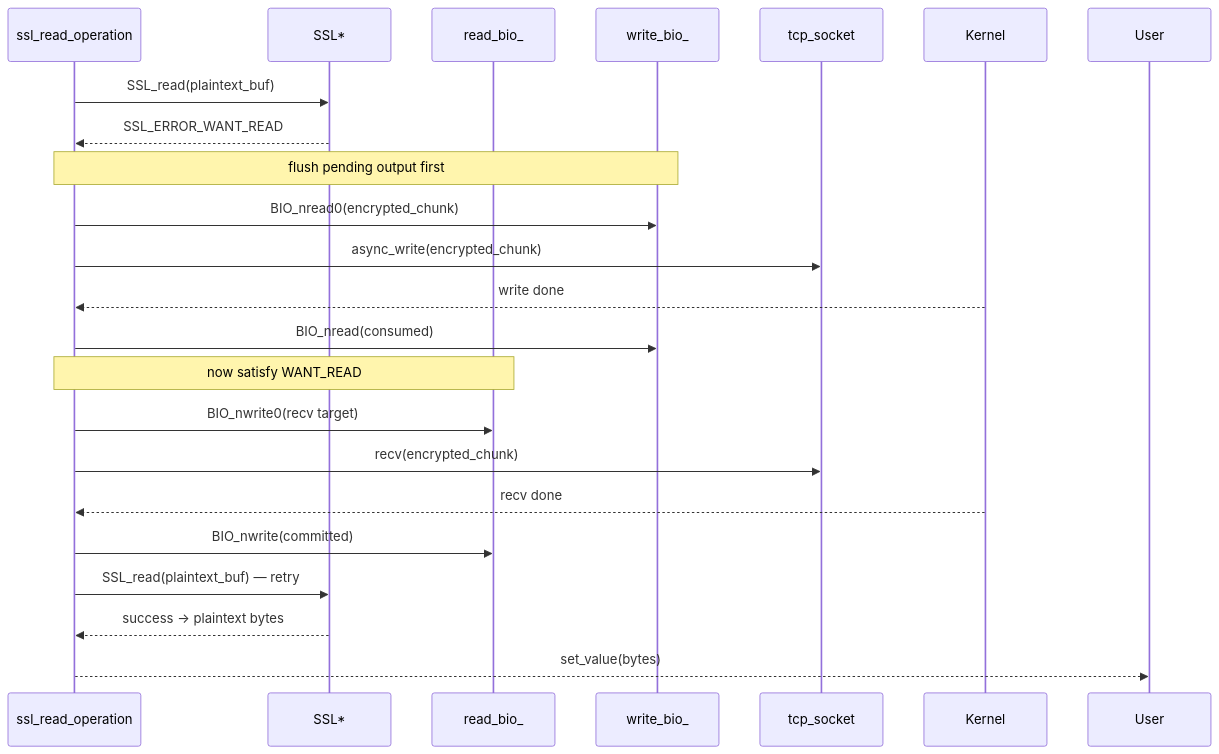
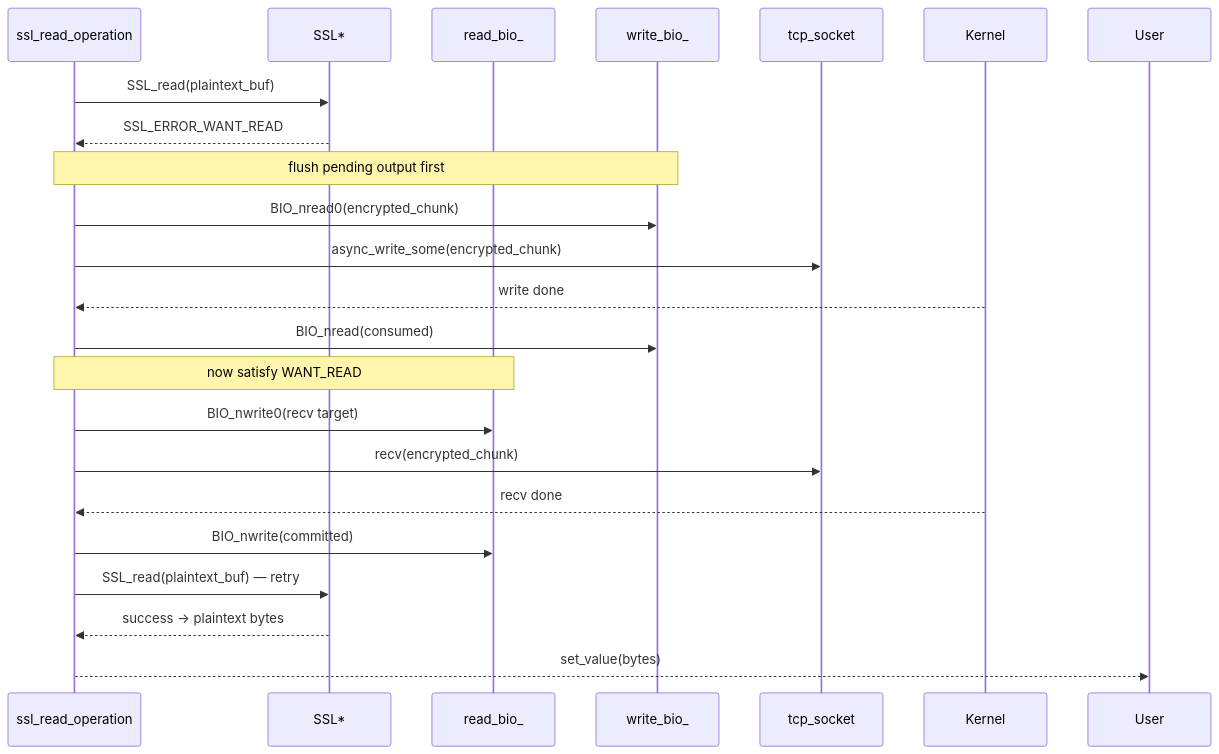
The fifth of 6 diagrams in docs/usage.md (haomingbai/bnio), drawn with Mermaid before and after one commit. The commit also changed other lines of this file and 20 other files, not shown here.

First line of the commit message:
feat(io-context): add read/write some operations

````diff
--- a/docs/usage.md
+++ b/docs/usage.md
@@ -309,29 +309,29 @@
 ```mermaid
 sequenceDiagram
     participant Op as ssl_read_operation
     participant SSL as SSL*
     participant BIO_R as read_bio_
     participant BIO_W as write_bio_
     participant TCP as tcp_socket
     participant K as Kernel
 
     Op->>SSL: SSL_read(plaintext_buf)
     SSL-->>Op: SSL_ERROR_WANT_READ
 
     Note over Op,BIO_W: flush pending output first
     Op->>BIO_W: BIO_nread0(encrypted_chunk)
-    Op->>TCP: async_write(encrypted_chunk)
+    Op->>TCP: async_write_some(encrypted_chunk)
     K-->>Op: write done
     Op->>BIO_W: BIO_nread(consumed)
 
     Note over Op,BIO_R: now satisfy WANT_READ
     Op->>BIO_R: BIO_nwrite0(recv target)
     Op->>TCP: recv(encrypted_chunk)
     K-->>Op: recv done
     Op->>BIO_R: BIO_nwrite(committed)
 
     Op->>SSL: SSL_read(plaintext_buf) — retry
     SSL-->>Op: success → plaintext bytes
 
     Op-->>User: set_value(bytes)
 ```
````
